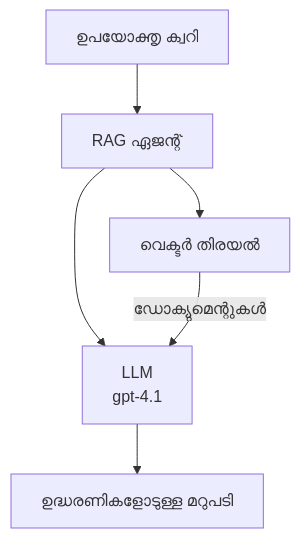
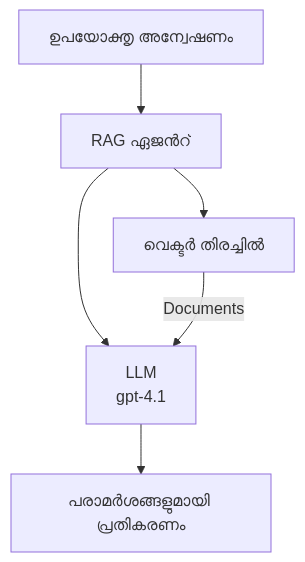
The second of 3 diagrams in translations/ml/docs/chapter-02-ai-development/agents.md (microsoft/AZD-for-beginners), drawn with Mermaid before and after one commit. The commit also changed other lines of this file and 59 other files, not shown here.

````diff
--- a/translations/ml/docs/chapter-02-ai-development/agents.md
+++ b/translations/ml/docs/chapter-02-ai-development/agents.md
@@ -181,8 +181,8 @@
 ```mermaid
 graph TD
-    Query[ഉപയോക്തൃ ക്വറി] --> RAG[RAG ഏജന്റ്]
-    RAG --> Vector[വെക്ടർ തിരയൽ]
+    Query[ഉപയോക്തൃ അന്വേഷണം] --> RAG[RAG ഏജൻറ്]
+    RAG --> Vector[വെക്ടർ തിരച്ചിൽ]
     RAG --> LLM[LLM<br/>gpt-4.1]
-    Vector -- ഡോക്യുമെന്റുകൾ --> LLM
-    LLM --> Response[ഉദ്ധരണികളോടുള്ള മറുപടി]
+    Vector -- Documents --> LLM
+    LLM --> Response[പരാമർശങ്ങളുമായി പ്രതികരണം]
 ```
````
